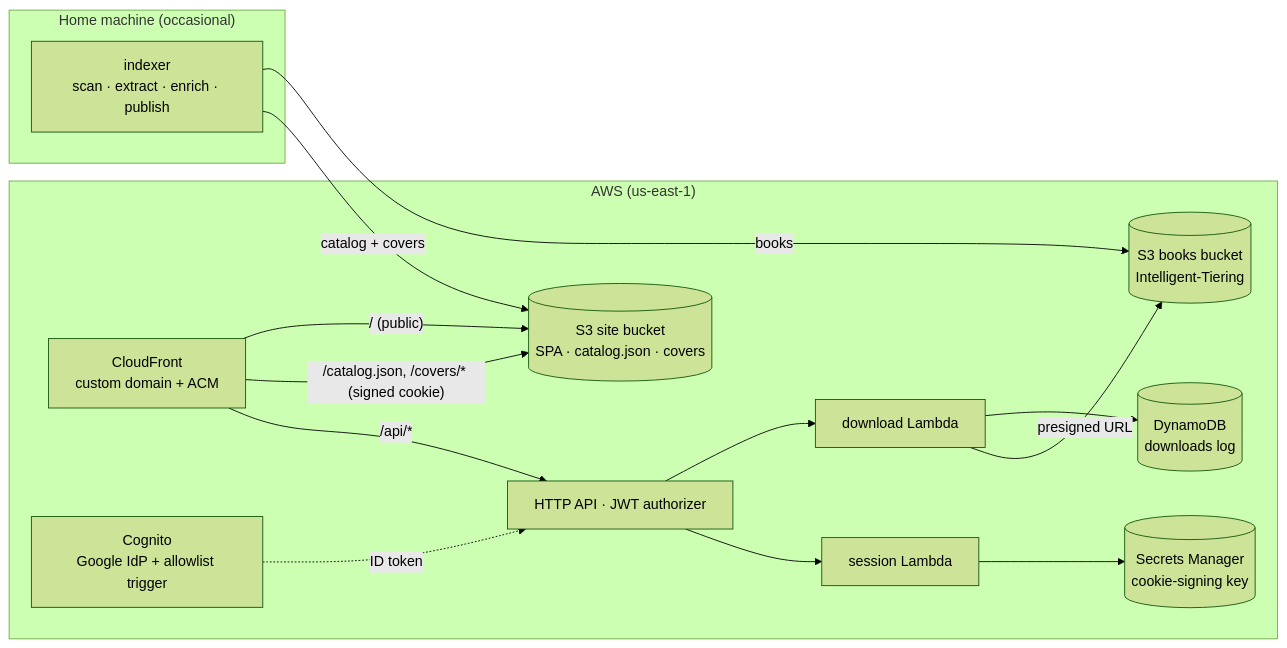
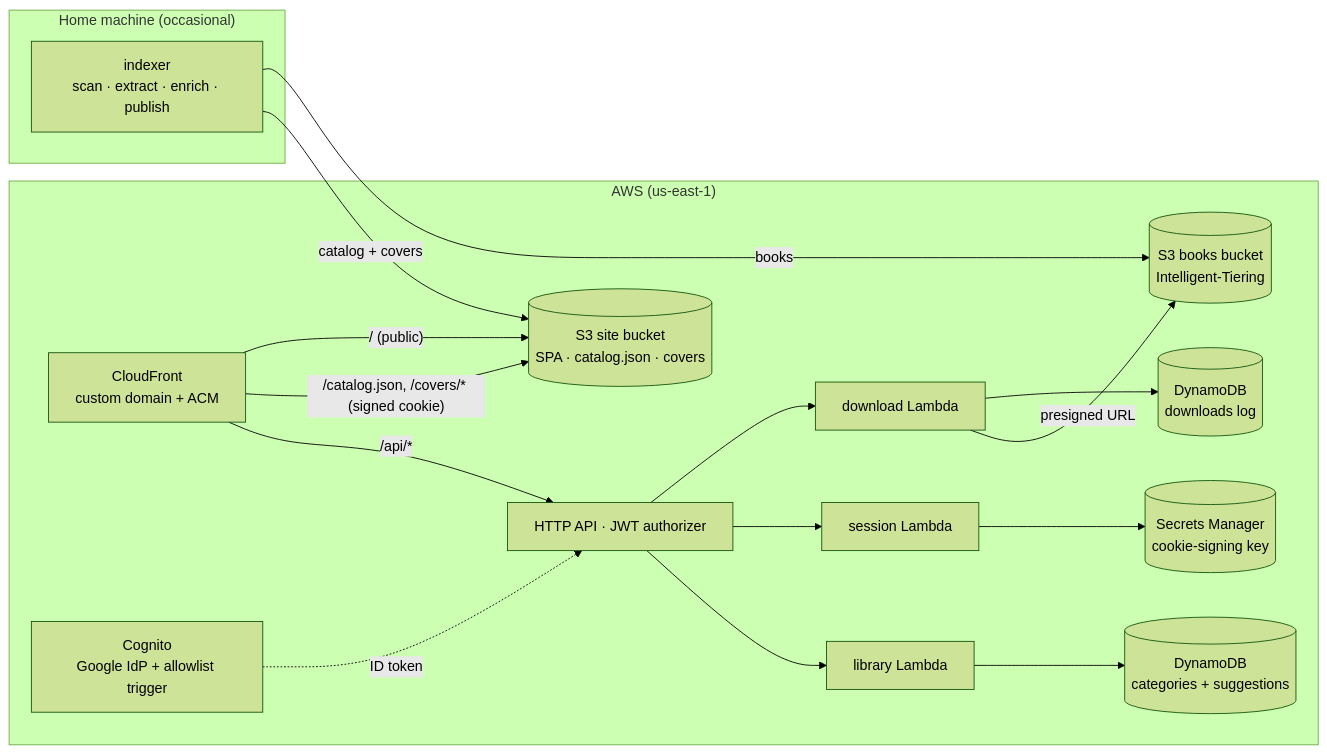
Before and after one commit to DavidJDrake/lit-library: the diagram in README.md, drawn with Mermaid (forest theme). The commit also changed other lines of this file and 2 other files, not shown here.

````diff
--- a/README.md
+++ b/README.md
@@ -37,26 +42,29 @@
 ```mermaid
 flowchart LR
   subgraph local["Home machine (occasional)"]
     IDX[indexer<br/>scan · extract · enrich · publish]
   end
   subgraph aws["AWS (us-east-1)"]
     CF[CloudFront<br/>custom domain + ACM]
     SITE[(S3 site bucket<br/>SPA · catalog.json · covers)]
     BOOKS[(S3 books bucket<br/>Intelligent-Tiering)]
     COG[Cognito<br/>Google IdP + allowlist trigger]
     API[HTTP API · JWT authorizer]
     DL[download Lambda]
     SESS[session Lambda]
+    LIB[library Lambda]
     DDB[(DynamoDB<br/>downloads log)]
+    LIBT[(DynamoDB<br/>categories + suggestions)]
     SM[(Secrets Manager<br/>cookie-signing key)]
   end
   IDX -->|books| BOOKS
   IDX -->|catalog + covers| SITE
   CF -->|"/ (public)"| SITE
   CF -->|"/catalog.json, /covers/* (signed cookie)"| SITE
   CF -->|"/api/*"| API
   API --> DL --> DDB
   DL -->|presigned URL| BOOKS
   API --> SESS --> SM
+  API --> LIB --> LIBT
   COG -.->|ID token| API
 ```
````
